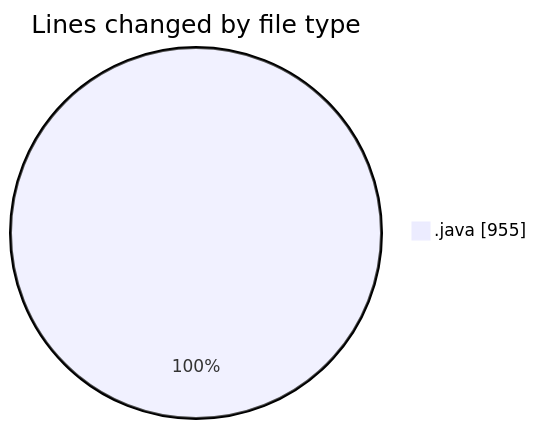
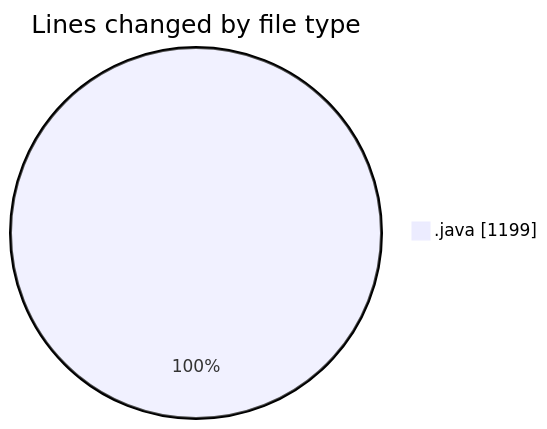
One commit to ricardozamudiocil/code-tracking changed the first of 2 diagrams in 2026-04-13/cilapp/README.md. Above: the diagram before and after it, drawn with Mermaid. The commit also changed other lines of this file and 1 other file, not shown here.

````diff
--- a/2026-04-13/cilapp/README.md
+++ b/2026-04-13/cilapp/README.md
@@ -26,5 +26,5 @@
 ```mermaid
 pie showData
 title Lines changed by file type
-".java" : 955
+".java" : 1199
 ```
````
